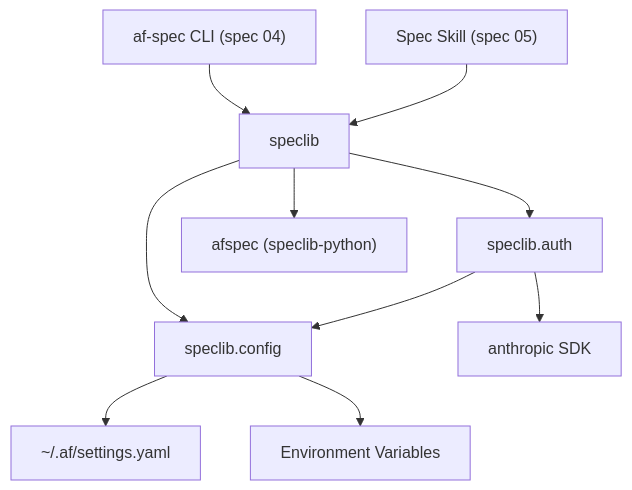
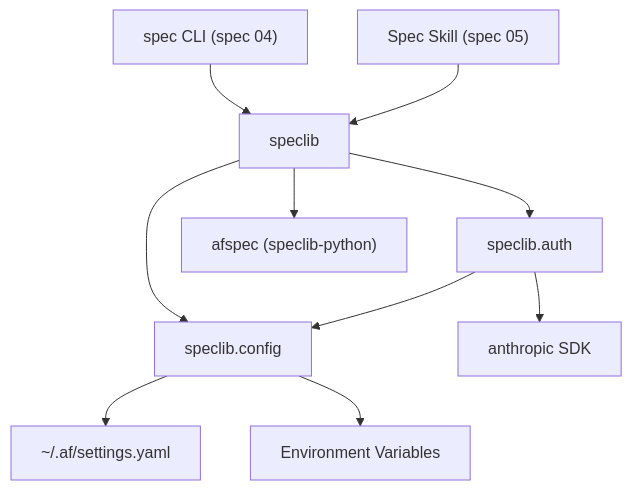
The diagram in .agent-fox/specs/01_project_scaffold/design.md (agent-fox-dev/af-core), drawn with Mermaid before and after one commit. The commit also changed 46 other files, not shown here.

First line of the commit message:
refactor: rename af-spec CLI references to spec and update workspace to af-core

````diff
--- a/.agent-fox/specs/01_project_scaffold/design.md
+++ b/.agent-fox/specs/01_project_scaffold/design.md
@@ -13,12 +13,12 @@
 ```mermaid
 graph TD
-    CLI["af-spec CLI (spec 04)"] --> SL["speclib"]
+    CLI["spec CLI (spec 04)"] --> SL["speclib"]
     SKILL["Spec Skill (spec 05)"] --> SL
     SL --> CONFIG["speclib.config"]
     SL --> AUTH["speclib.auth"]
     SL --> AFSPEC["afspec (speclib-python)"]
     CONFIG --> YAML["~/.af/settings.yaml"]
     CONFIG --> ENV["Environment Variables"]
     AUTH --> ANTHRO["anthropic SDK"]
     AUTH --> CONFIG
 ```
````
